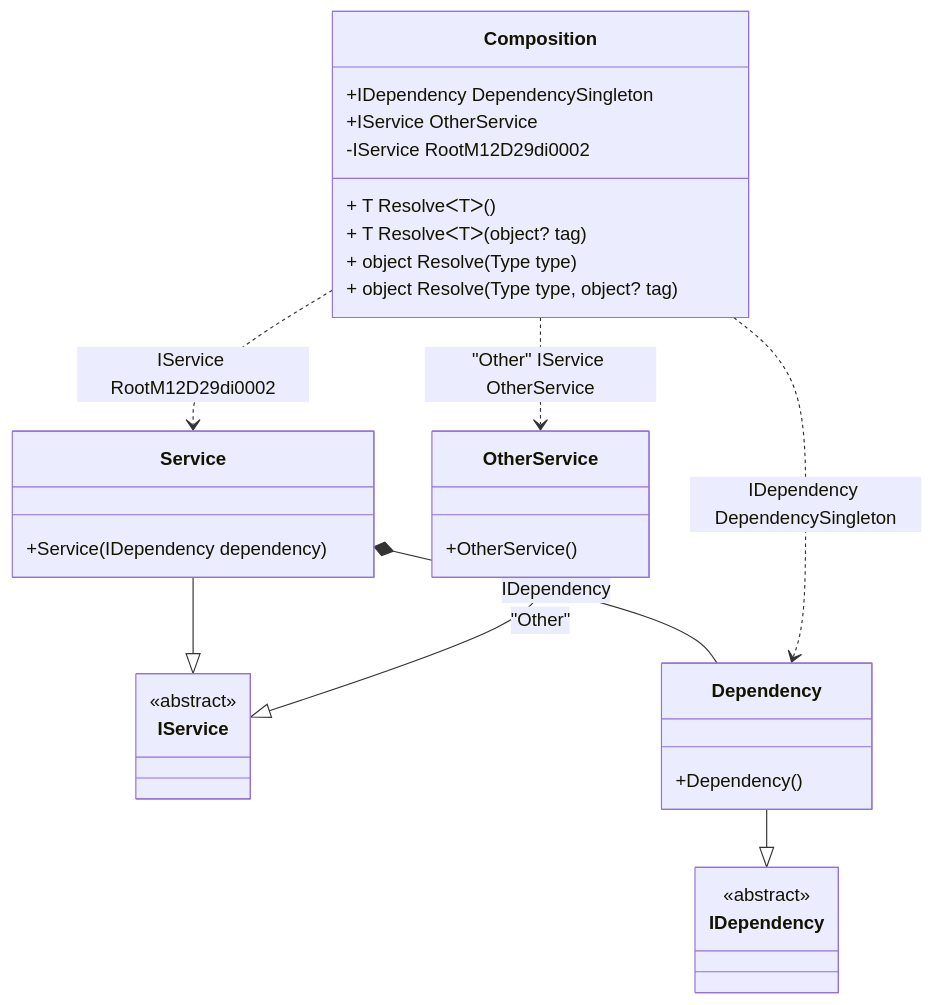
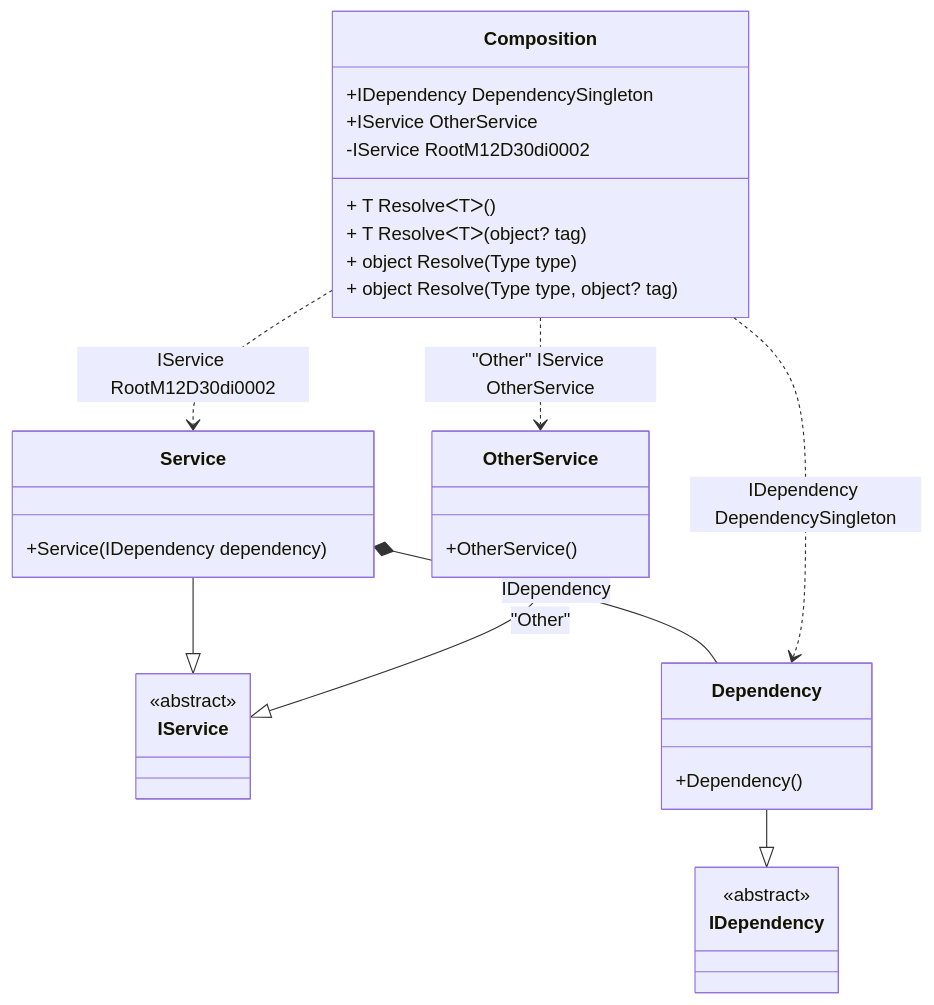
The diagram in readme/resolve-methods.md (DevTeam/Pure.DI), drawn with Mermaid before and after one commit. The commit also changed 36 other files, not shown here.

````diff
--- a/readme/resolve-methods.md
+++ b/readme/resolve-methods.md
@@ -45,34 +45,34 @@
 ```mermaid
 classDiagram
   class Composition {
     +IDependency DependencySingleton
     +IService OtherService
-    -IService RootM12D29di0002
+    -IService RootM12D30di0002
     + T ResolveᐸTᐳ()
     + T ResolveᐸTᐳ(object? tag)
     + object Resolve(Type type)
     + object Resolve(Type type, object? tag)
   }
   Service --|> IService : 
   class Service {
     +Service(IDependency dependency)
   }
   Dependency --|> IDependency : 
   class Dependency {
     +Dependency()
   }
   OtherService --|> IService : "Other" 
   class OtherService {
     +OtherService()
   }
   class IService {
     <<abstract>>
   }
   class IDependency {
     <<abstract>>
   }
   Service *--  Dependency : IDependency
   Composition ..> Dependency : IDependency DependencySingleton
-  Composition ..> Service : IService RootM12D29di0002
+  Composition ..> Service : IService RootM12D30di0002
   Composition ..> OtherService : "Other" IService OtherService
 ```
````
